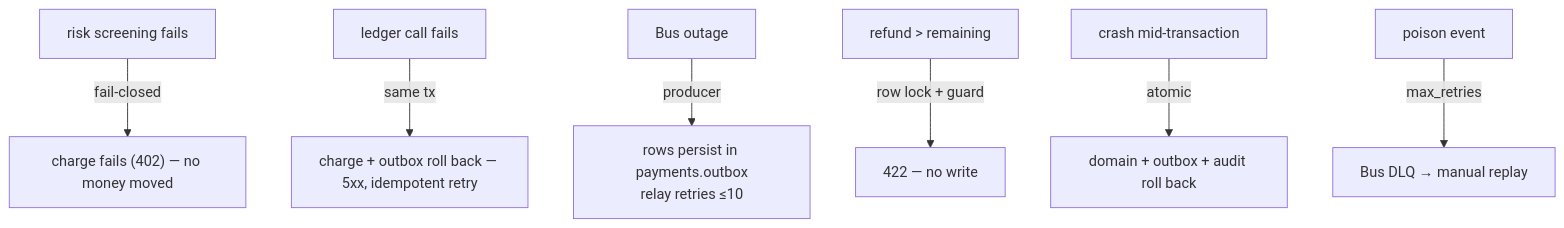
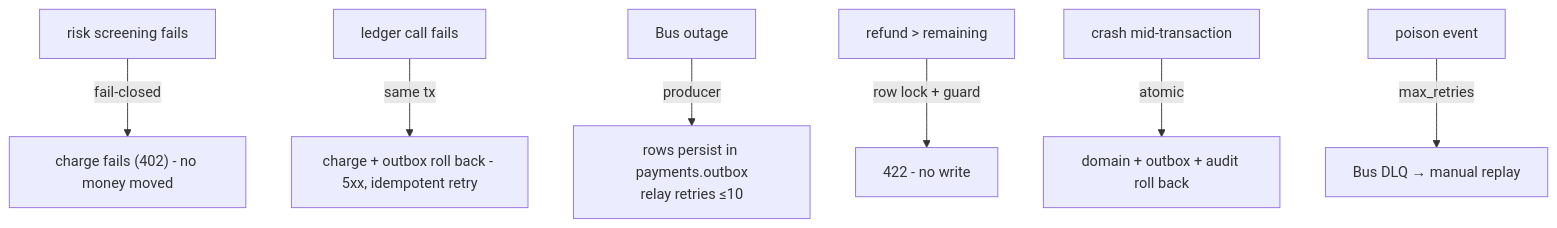
Before and after one commit to commerce8/bill8-site: the ninth of 10 diagrams in docs/products/payments/design.md, drawn with Mermaid. The commit also changed other lines of this file and 45 other files, not shown here.

````diff
--- a/docs/products/payments/design.md
+++ b/docs/products/payments/design.md
@@ -333,9 +333,9 @@
 ```mermaid
 flowchart TD
-    SCREEN_FAIL["risk screening fails"] -->|"fail-closed"| BLOCK["charge fails (402) — no money moved"]
-    LEDGER_FAIL["ledger call fails"] -->|"same tx"| RB["charge + outbox roll back — 5xx, idempotent retry"]
+    SCREEN_FAIL["risk screening fails"] -->|"fail-closed"| BLOCK["charge fails (402) - no money moved"]
+    LEDGER_FAIL["ledger call fails"] -->|"same tx"| RB["charge + outbox roll back - 5xx, idempotent retry"]
     RELAY_FAIL["Bus outage"] -->|"producer"| OUTBOX["rows persist in payments.outbox<br/>relay retries ≤10"]
-    OVER_REFUND["refund > remaining"] -->|"row lock + guard"| REJ["422 — no write"]
+    OVER_REFUND["refund > remaining"] -->|"row lock + guard"| REJ["422 - no write"]
     CRASH["crash mid-transaction"] -->|"atomic"| RB2["domain + outbox + audit roll back"]
     DLQ["poison event"] -->|"max_retries"| BUSDLQ["Bus DLQ → manual replay"]
 ```
````
